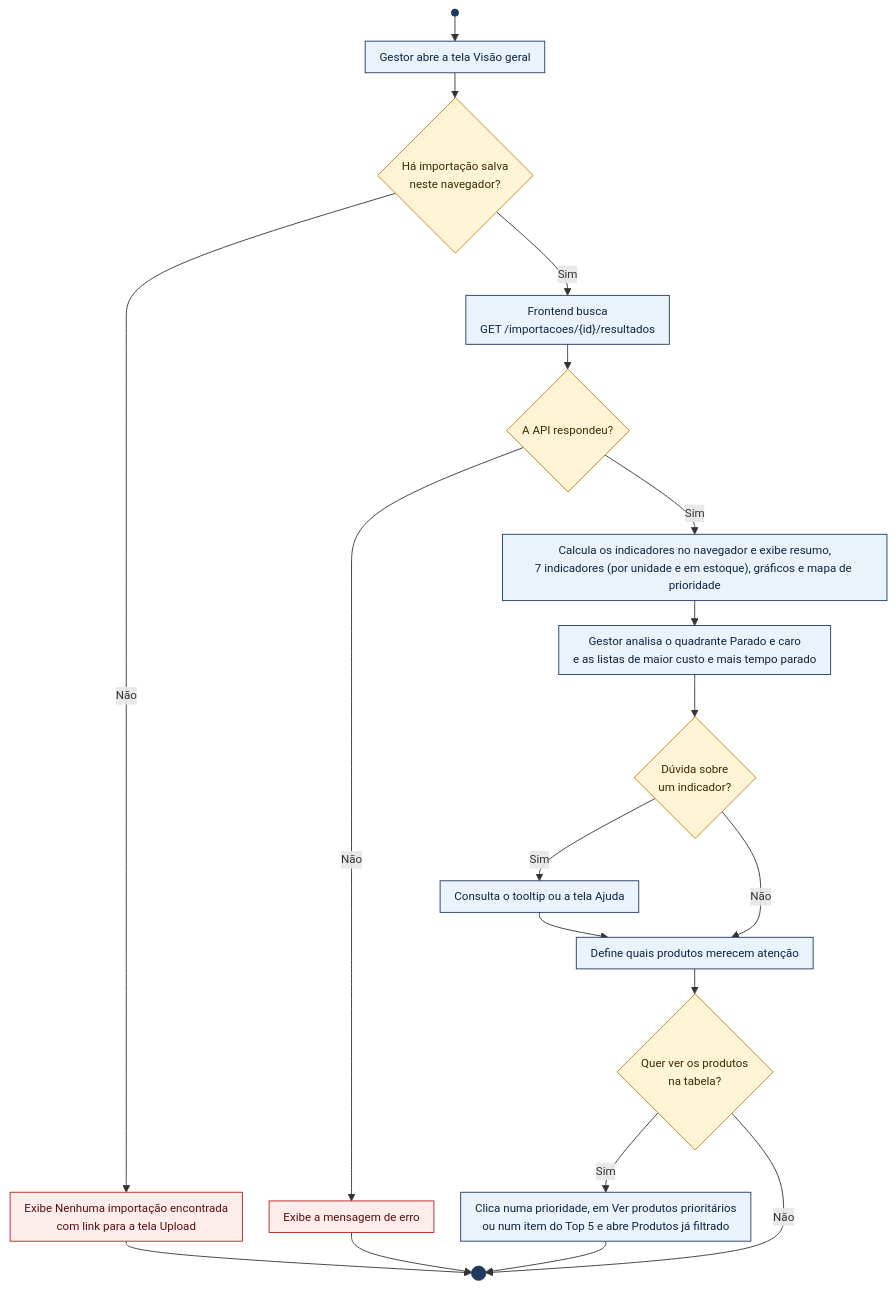
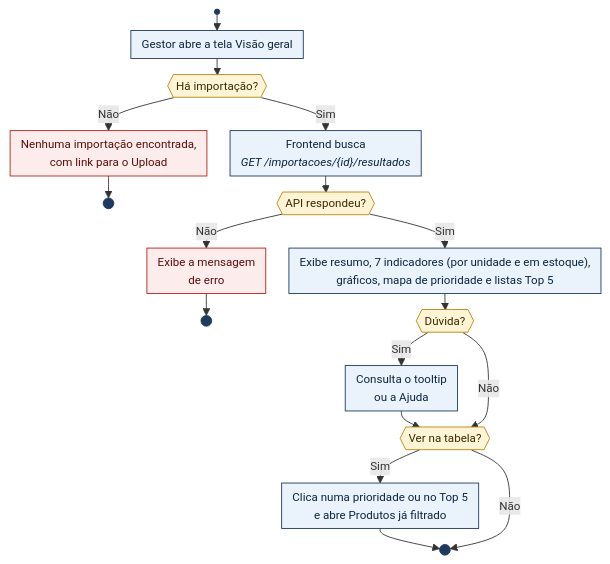
One commit to weillerjulia/StockWise changed the second of 7 diagrams in README.md. Above: the diagram before and after it, drawn with Mermaid. The commit also changed other lines of this file, not shown here.

````diff
--- a/README.md
+++ b/README.md
@@ -253,31 +252,26 @@
 ```mermaid
-%%{init: {"themeVariables": {"fontSize": "13px"}, "flowchart": {"wrappingWidth": 400, "rankSpacing": 28, "nodeSpacing": 30, "padding": 8}}}%%
+%%{init: {"themeVariables": {"fontSize": "13px"}, "flowchart": {"wrappingWidth": 400, "rankSpacing": 18, "nodeSpacing": 26, "padding": 6}}}%%
 flowchart TD
     inicio(( )) --> b1["Gestor abre a tela Visão geral"]
-    b1 --> d1{"Há importação salva<br/>neste navegador?"}
-    d1 -- Não --> b2["Exibe Nenhuma importação encontrada<br/>com link para a tela Upload"]
-    d1 -- Sim --> b3["Frontend busca<br/>GET /importacoes/{id}/resultados"]
-    b3 --> d2{"A API respondeu?"}
-    d2 -- Não --> b4["Exibe a mensagem de erro"]
-    d2 -- Sim --> b5["Calcula os indicadores no navegador e exibe resumo,<br/>7 indicadores (por unidade e em estoque), gráficos e mapa de prioridade"]
-    b5 --> b6["Gestor analisa o quadrante Parado e caro<br/>e as listas de maior custo e mais tempo parado"]
-    b6 --> d3{"Dúvida sobre<br/>um indicador?"}
-    d3 -- Sim --> b7["Consulta o tooltip ou a tela Ajuda"]
-    d3 -- Não --> b8["Define quais produtos merecem atenção"]
-    b7 --> b8
-    b8 --> d4{"Quer ver os produtos<br/>na tabela?"}
-    d4 -- Sim --> b9["Clica numa prioridade, em Ver produtos prioritários<br/>ou num item do Top 5 e abre Produtos já filtrado"]
-    d4 -- Não --> fim((( )))
-    b9 --> fim
-    b2 --> fim
-    b4 --> fim
+    b1 --> d1{{"Há importação?"}}
+    d1 -- Não --> b2["Nenhuma importação encontrada,<br/>com link para o Upload"] --> fim1((( )))
+    d1 -- Sim --> b3["Frontend busca<br/><i>GET /importacoes/{id}/resultados</i>"]
+    b3 --> d2{{"API respondeu?"}}
+    d2 -- Não --> b4["Exibe a mensagem<br/>de erro"] --> fim2((( )))
+    d2 -- Sim --> b5["Exibe resumo, 7 indicadores (por unidade e em estoque),<br/>gráficos, mapa de prioridade e listas Top 5"]
+    b5 --> d3{{"Dúvida?"}}
+    d3 -- Sim --> b7["Consulta o tooltip<br/>ou a Ajuda"]
+    b7 --> d4
+    d3 -- Não --> d4{{"Ver na tabela?"}}
+    d4 -- Sim --> b9["Clica numa prioridade ou no Top 5<br/>e abre Produtos já filtrado"] --> fim((( )))
+    d4 -- Não --> fim
 
     classDef marco fill:#1E3A5F,stroke:#1E3A5F
     classDef decisao fill:#FFF4D6,stroke:#B8860B,color:#3A2A00
     classDef acao fill:#EAF2FB,stroke:#1E3A5F,color:#0B2540
     classDef erro fill:#FDECEC,stroke:#B42318,color:#5A0E0A
-    class inicio,fim marco
+    class inicio,fim,fim1,fim2 marco
     class d1,d2,d3,d4 decisao
-    class b1,b3,b5,b6,b7,b8,b9 acao
+    class b1,b3,b5,b7,b9 acao
     class b2,b4 erro
 ```
````
